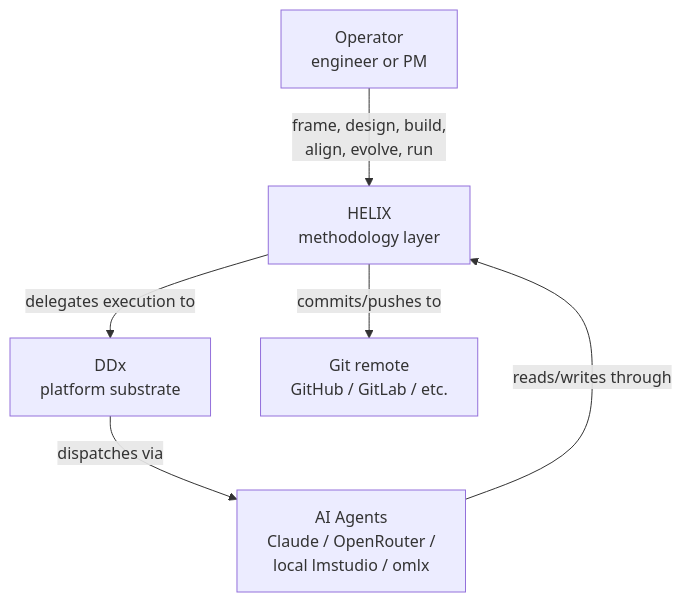
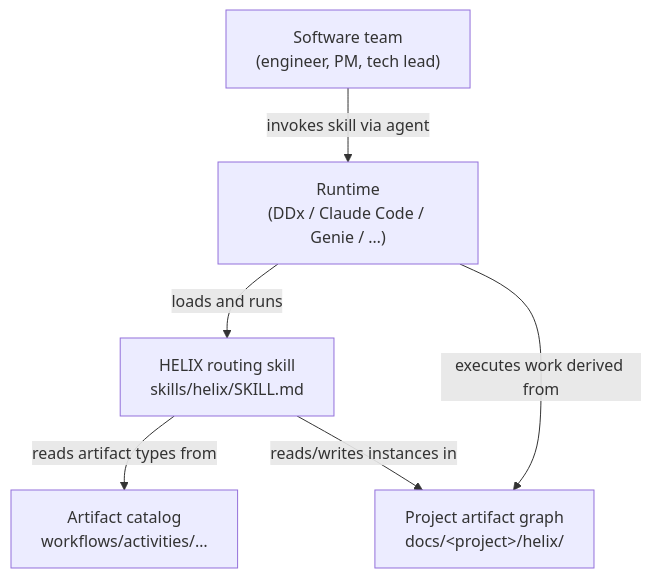
Before and after one commit to easel/helix: the first of 2 diagrams in website/content/artifacts/architecture.md, drawn with Mermaid. The commit also changed other lines of this file and 129 other files, not shown here.

First line of the commit message:
website: regenerate artifact-types, artifacts, concerns from renamed sources

````diff
--- a/website/content/artifacts/architecture.md
+++ b/website/content/artifacts/architecture.md
@@ -43,14 +42,14 @@
 ```mermaid
 graph TB
-    operator[Operator<br/>engineer or PM]
-    agent[AI Agents<br/>Claude / OpenRouter /<br/>local lmstudio / omlx]
-    helix[HELIX<br/>methodology layer]
-    ddx[DDx<br/>platform substrate]
-    git[Git remote<br/>GitHub / GitLab / etc.]
+    team["Software team<br/>(engineer, PM, tech lead)"]
+    skill["HELIX routing skill<br/>skills/helix/SKILL.md"]
+    catalog["Artifact catalog<br/>workflows/activities/…"]
+    artifacts["Project artifact graph<br/>docs/&lt;project&gt;/helix/"]
+    runtime["Runtime<br/>(DDx / Claude Code / Genie / …)"]
 
-    operator -->|frame, design, build,<br/>align, evolve, run| helix
-    helix -->|delegates execution to| ddx
-    ddx -->|dispatches via| agent
-    agent -->|reads/writes through| helix
-    helix -->|commits/pushes to| git
+    team -->|"invokes skill via agent"| runtime
+    runtime -->|"loads and runs"| skill
+    skill -->|"reads artifact types from"| catalog
+    skill -->|"reads/writes instances in"| artifacts
+    runtime -->|"executes work derived from"| artifacts
 ```
````
